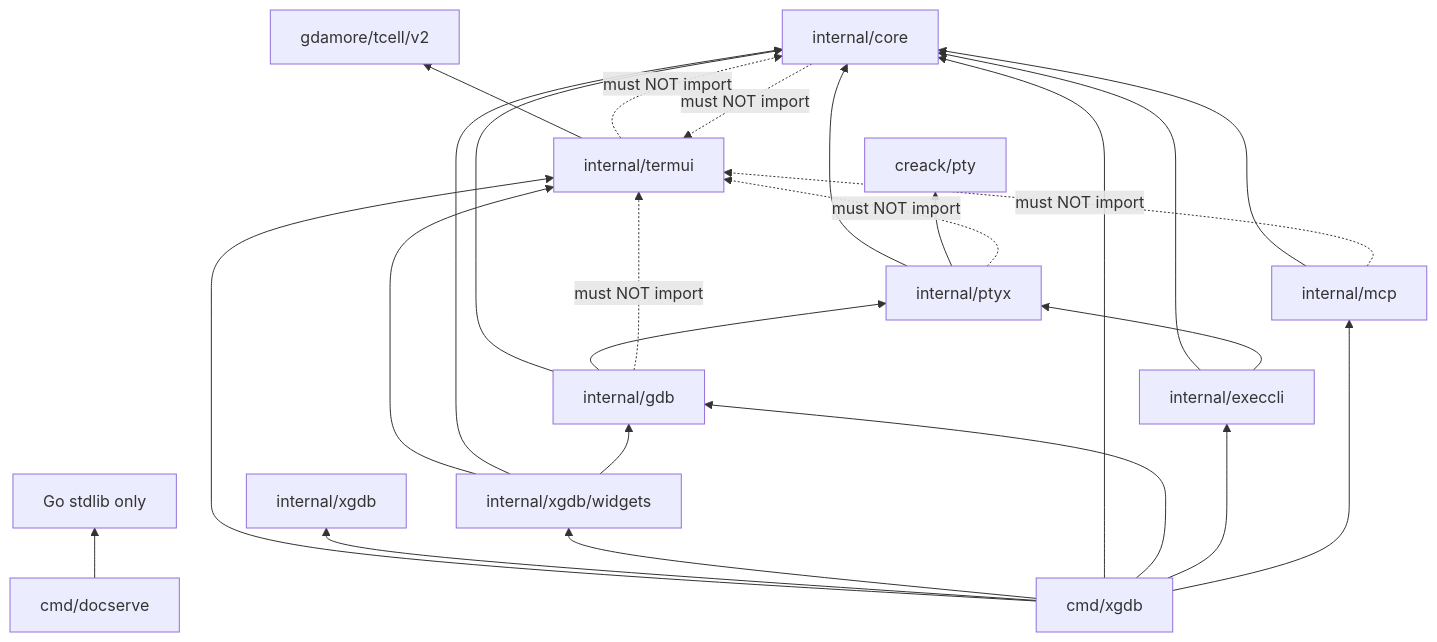
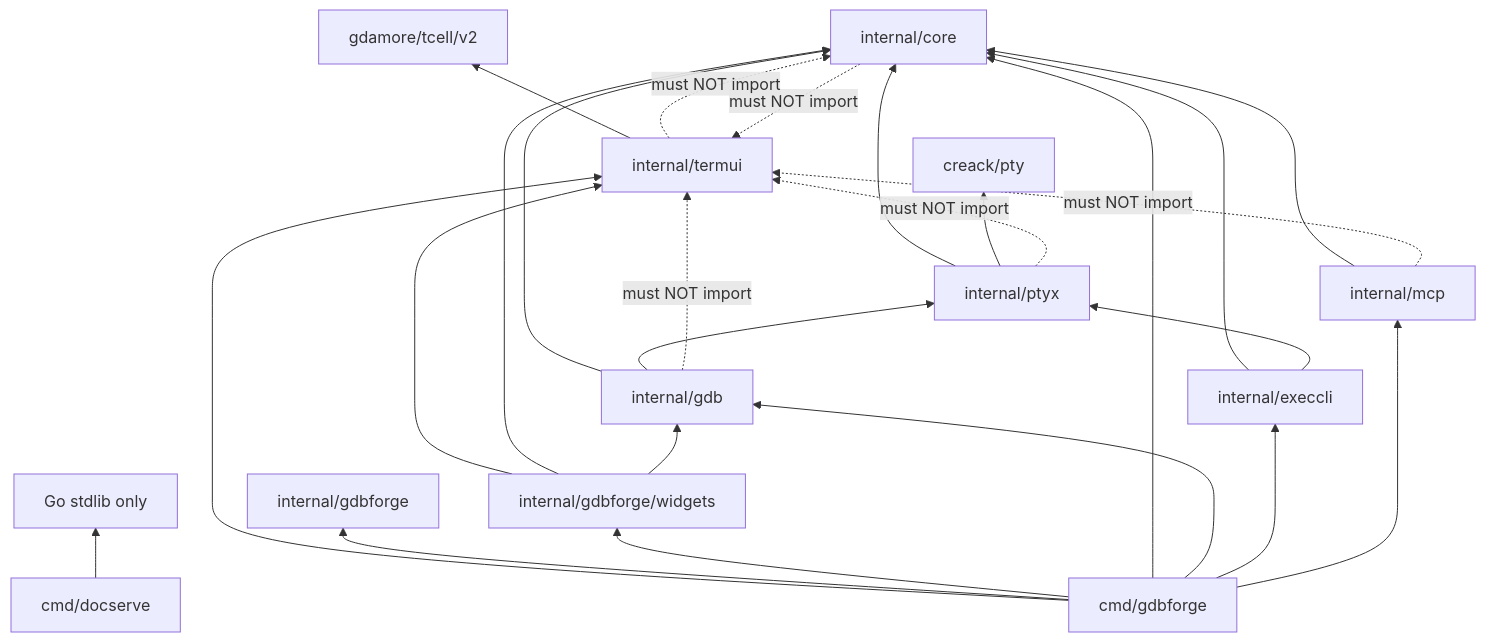
Before and after one commit to yairgd/gdbforge: the diagram in docs/DEPENDENCIES.md, drawn with Mermaid. The commit also changed other lines of this file and 132 other files, not shown here.

First line of the commit message:
Rebrand xgdb to gdbforge and add dual-PTY program IO.

````diff
--- a/docs/DEPENDENCIES.md
+++ b/docs/DEPENDENCIES.md
@@ -69,44 +69,44 @@
 ```mermaid
 flowchart BT
     tcell["gdamore/tcell/v2"]
     ptyLib["creack/pty"]
 
     termui["internal/termui"]
-    xgdb_pkg["internal/xgdb"]
-    widgets["internal/xgdb/widgets"]
+    gdbforge_pkg["internal/gdbforge"]
+    widgets["internal/gdbforge/widgets"]
     core["internal/core"]
     ptyx["internal/ptyx"]
     gdb["internal/gdb"]
     execcli["internal/execcli"]
     mcp["internal/mcp"]
-    xgdb_cmd["cmd/xgdb"]
+    gdbforge_cmd["cmd/gdbforge"]
     docserve["cmd/docserve"]
 
     termui --> tcell
     widgets --> termui
     widgets --> core
     widgets --> gdb
     ptyx --> core
     ptyx --> ptyLib
     gdb --> core
     gdb --> ptyx
     execcli --> core
     execcli --> ptyx
     mcp --> core
 
-    xgdb_cmd --> termui
-    xgdb_cmd --> xgdb_pkg
-    xgdb_cmd --> widgets
-    xgdb_cmd --> core
-    xgdb_cmd --> gdb
-    xgdb_cmd --> execcli
-    xgdb_cmd --> mcp
+    gdbforge_cmd --> termui
+    gdbforge_cmd --> gdbforge_pkg
+    gdbforge_cmd --> widgets
+    gdbforge_cmd --> core
+    gdbforge_cmd --> gdb
+    gdbforge_cmd --> execcli
+    gdbforge_cmd --> mcp
 
     docserve --> stdlib["Go stdlib only"]
 
     gdb -.->|"must NOT import"| termui
     ptyx -.->|"must NOT import"| termui
     mcp -.->|"must NOT import"| termui
     core -.->|"must NOT import"| termui
     termui -.->|"must NOT import"| core
 ```
````
